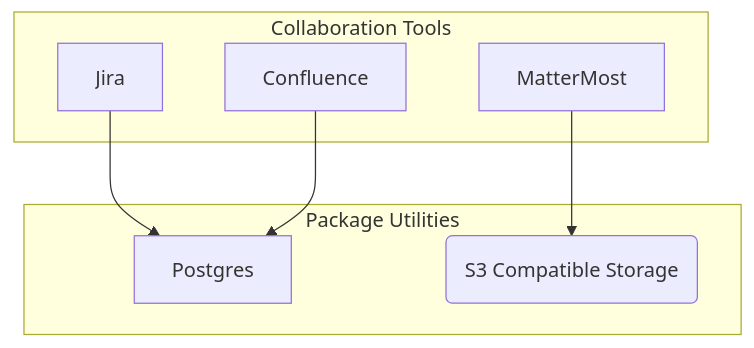
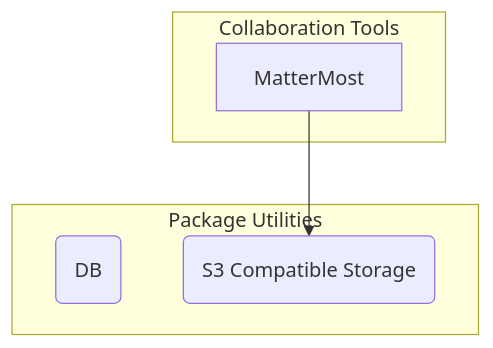
One commit to webage003/bigbangrke changed the fifth of 6 diagrams in charter/BigBangPackages.md. Above: the diagram before and after it, drawn with Mermaid. The commit also changed other lines of this file, not shown here.

Commit message:
updated BB Packages / removed postgres-redis-mongodb-mysql

````diff
--- a/charter/BigBangPackages.md
+++ b/charter/BigBangPackages.md
@@ -395,14 +395,12 @@
 ```mermaid
 graph TB
   subgraph "Package Utilities"
-    Postgres
+    Postgres(DB)
     MinIO(S3 Compatible Storage)
   end
 
   subgraph "Collaboration Tools"
-    Jira --> Postgres
-    Confluence --> Postgres
     MatterMost --> MinIO
   end
 
 ```
````
